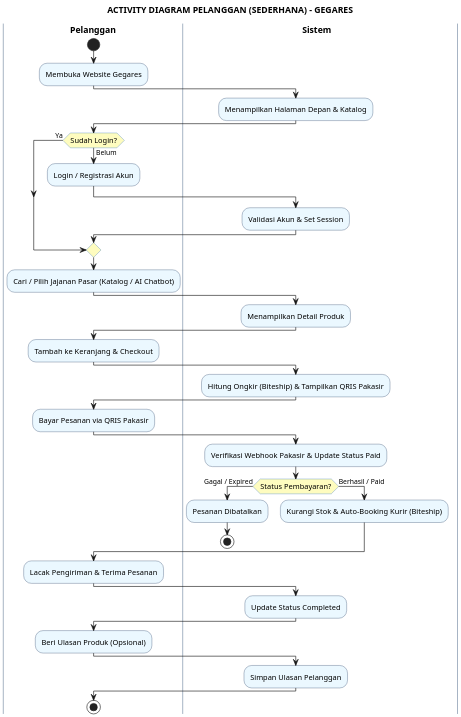
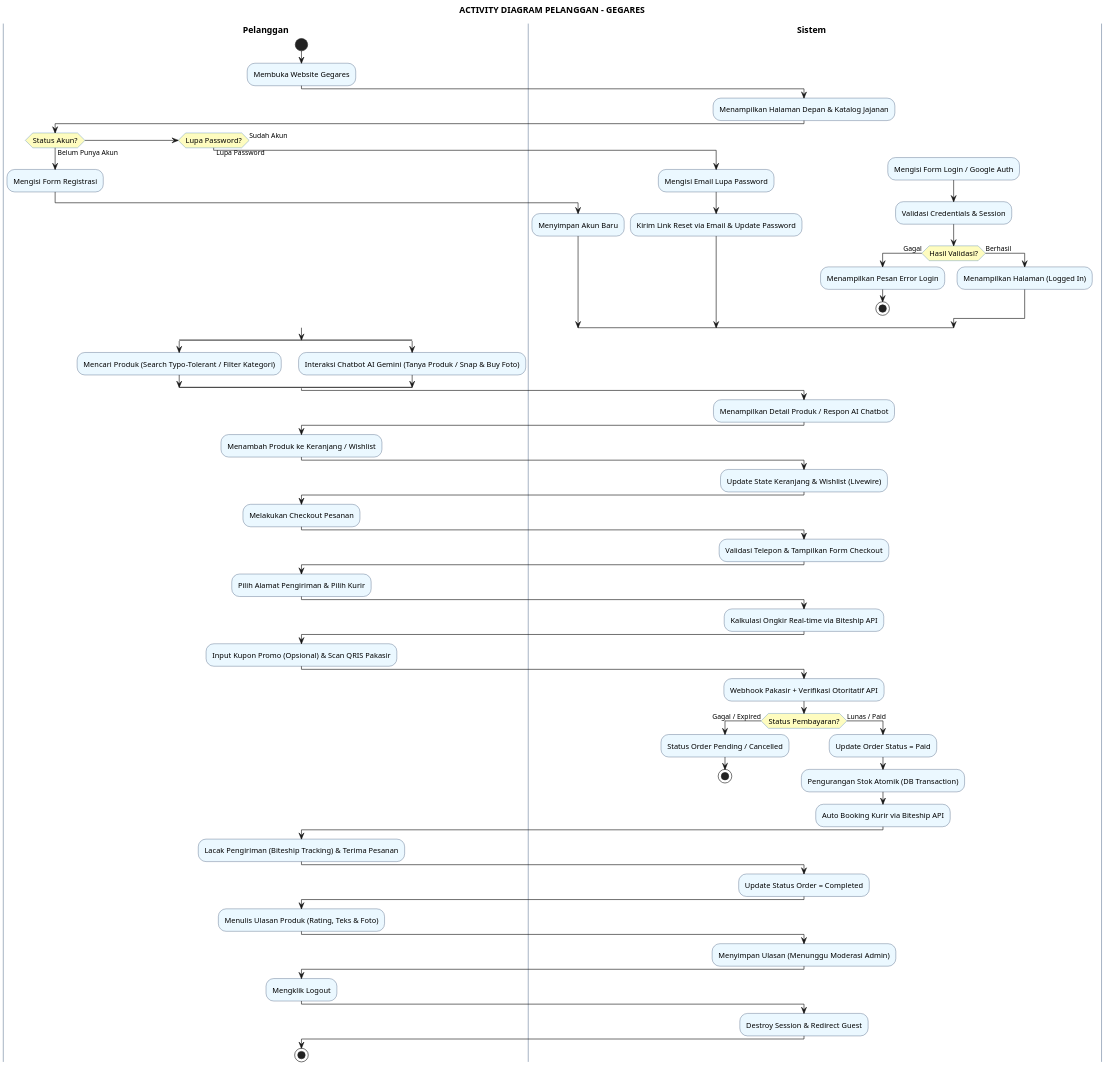
The diagram in activity_diagram_pelanggan.puml (greedykid/gegares_toko), drawn with PlantUML before and after one commit. The commit also changed 11 other files, not shown here.

Commit message:
docs(diagram): update activity diagrams to balanced standard UML with complete business features

```diff
--- a/activity_diagram_pelanggan.puml
+++ b/activity_diagram_pelanggan.puml
@@ -1,69 +1,106 @@
 @startuml
 skinparam dpi 180
 skinparam defaultFontName "SansSerif"
 skinparam ActivityFontSize 12
 skinparam ActivityBorderColor #1A365D
 skinparam ActivityBackgroundColor #EBF8FF
 skinparam ActivityDiamondBorderColor #2B6CB0
 skinparam ActivityDiamondBackgroundColor #FEFCBF
 skinparam SwimlaneTitleFontSize 14
 skinparam SwimlaneTitleFontStyle bold
 skinparam SwimlaneBorderColor #A0AEC0
-skinparam SwimlaneWidth 260
+skinparam SwimlaneWidth 280
 
-title **ACTIVITY DIAGRAM PELANGGAN (SEDERHANA) - GEGARES**
+title **ACTIVITY DIAGRAM PELANGGAN - GEGARES**
 
 |Pelanggan|
 start
 :Membuka Website Gegares;
 
 |Sistem|
-:Menampilkan Halaman Depan & Katalog;
+:Menampilkan Halaman Depan & Katalog Jajanan;
 
 |Pelanggan|
-if (Sudah Login?) then (Belum)
-  :Login / Registrasi Akun;
+if (Status Akun?) then (Belum Punya Akun)
+  :Mengisi Form Registrasi;
   |Sistem|
-  :Validasi Akun & Set Session;
-else (Ya)
+  :Menyimpan Akun Baru;
+else if (Lupa Password?) then (Lupa Password)
+  :Mengisi Email Lupa Password;
+  |Sistem|
+  :Kirim Link Reset via Email & Update Password;
+else (Sudah Akun)
+  :Mengisi Form Login / Google Auth;
+  |Sistem|
+  :Validasi Credentials & Session;
+  if (Hasil Validasi?) then (Gagal)
+    :Menampilkan Pesan Error Login;
+    stop
+  else (Berhasil)
+    :Menampilkan Halaman (Logged In);
+  endif
 endif
 
 |Pelanggan|
-:Cari / Pilih Jajanan Pasar (Katalog / AI Chatbot);
+split
+  :Mencari Produk (Search Typo-Tolerant / Filter Kategori);
+split again
+  :Interaksi Chatbot AI Gemini (Tanya Produk / Snap & Buy Foto);
+end split
 
 |Sistem|
-:Menampilkan Detail Produk;
+:Menampilkan Detail Produk / Respon AI Chatbot;
 
 |Pelanggan|
-:Tambah ke Keranjang & Checkout;
+:Menambah Produk ke Keranjang / Wishlist;
 
 |Sistem|
-:Hitung Ongkir (Biteship) & Tampilkan QRIS Pakasir;
+:Update State Keranjang & Wishlist (Livewire);
 
 |Pelanggan|
-:Bayar Pesanan via QRIS Pakasir;
+:Melakukan Checkout Pesanan;
 
 |Sistem|
-:Verifikasi Webhook Pakasir & Update Status Paid;
+:Validasi Telepon & Tampilkan Form Checkout;
+
+|Pelanggan|
+:Pilih Alamat Pengiriman & Pilih Kurir;
+
+|Sistem|
+:Kalkulasi Ongkir Real-time via Biteship API;
+
+|Pelanggan|
+:Input Kupon Promo (Opsional) & Scan QRIS Pakasir;
+
+|Sistem|
+:Webhook Pakasir + Verifikasi Otoritatif API;
 if (Status Pembayaran?) then (Gagal / Expired)
-  :Pesanan Dibatalkan;
+  :Status Order Pending / Cancelled;
   stop
-else (Berhasil / Paid)
-  :Kurangi Stok & Auto-Booking Kurir (Biteship);
+else (Lunas / Paid)
+  :Update Order Status = Paid;
+  :Pengurangan Stok Atomik (DB Transaction);
+  :Auto Booking Kurir via Biteship API;
 endif
 
 |Pelanggan|
-:Lacak Pengiriman & Terima Pesanan;
+:Lacak Pengiriman (Biteship Tracking) & Terima Pesanan;
 
 |Sistem|
-:Update Status Completed;
+:Update Status Order = Completed;
 
 |Pelanggan|
-:Beri Ulasan Produk (Opsional);
+:Menulis Ulasan Produk (Rating, Teks & Foto);
 
 |Sistem|
-:Simpan Ulasan Pelanggan;
+:Menyimpan Ulasan (Menunggu Moderasi Admin);
+
+|Pelanggan|
+:Mengklik Logout;
+
+|Sistem|
+:Destroy Session & Redirect Guest;
 
 |Pelanggan|
 stop
 @enduml
```
